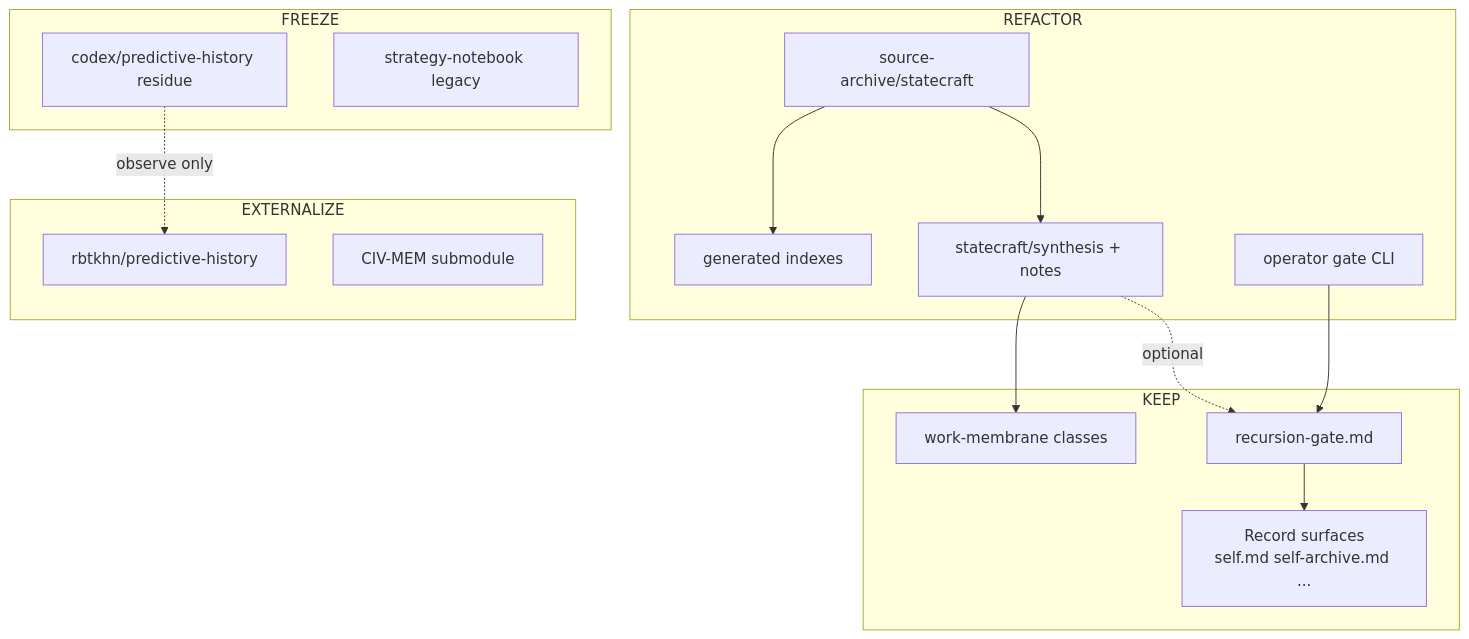
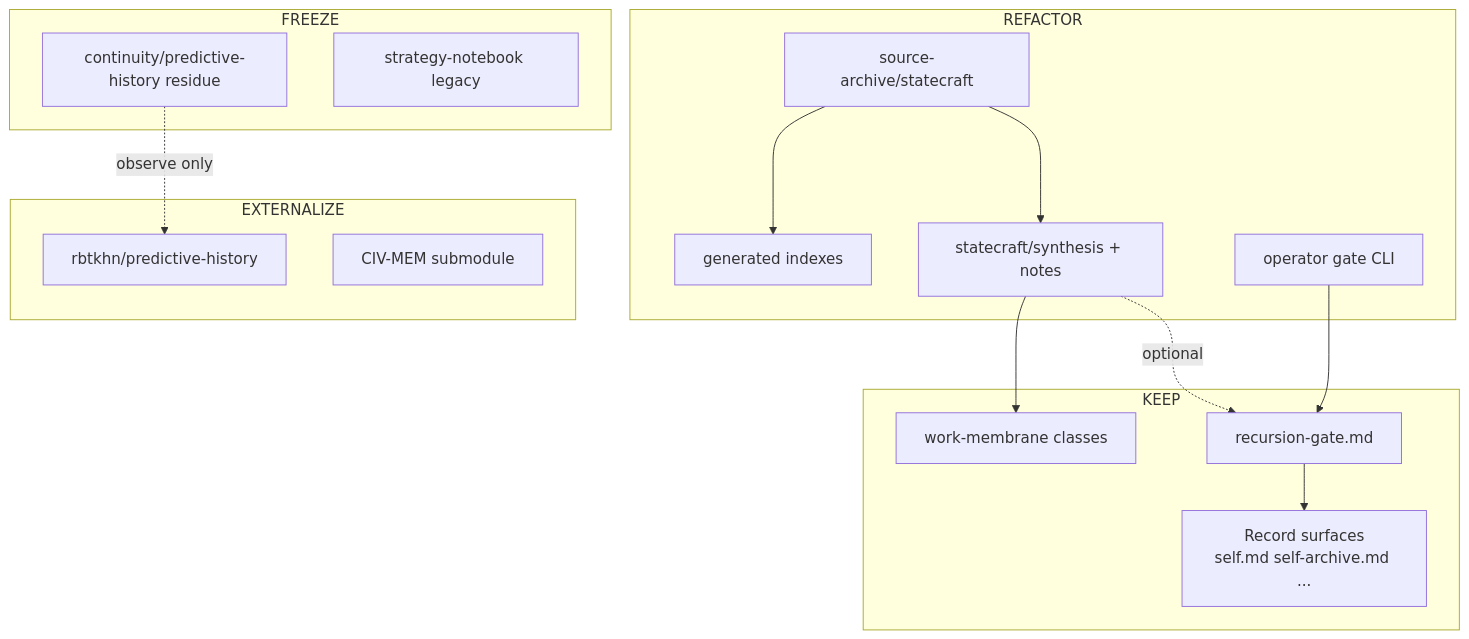
Before and after one commit to rbtkhn/strategy-codex: the diagram in docs/strategy-codex-redesign-brief.md, drawn with Mermaid. The commit also changed other lines of this file and 3066 other files, not shown here.

First line of the commit message:
Rename codex/ to continuity/ and add continuity-layer validation.

````diff
--- a/docs/strategy-codex-redesign-brief.md
+++ b/docs/strategy-codex-redesign-brief.md
@@ -185,33 +185,33 @@
 ```mermaid
 flowchart TB
   subgraph keep [KEEP]
     R[Record surfaces<br/>self.md self-archive.md ...]
     G[recursion-gate.md]
     M[work-membrane classes]
   end
 
   subgraph refactor [REFACTOR]
     A[source-archive/statecraft]
     S[statecraft/synthesis + notes]
     I[generated indexes]
     CLI[operator gate CLI]
   end
 
   subgraph freeze [FREEZE]
-    PH[codex/predictive-history residue]
+    PH[continuity/predictive-history residue]
     NB[strategy-notebook legacy]
   end
 
   subgraph external [EXTERNALIZE]
     PHCIV[rbtkhn/predictive-history]
     CIVMEM[CIV-MEM submodule]
   end
 
   A --> I
   A --> S
   S --> M
   S -.optional.-> G
   G --> R
   PH -.observe only.-> PHCIV
   CLI --> G
 ```
````
